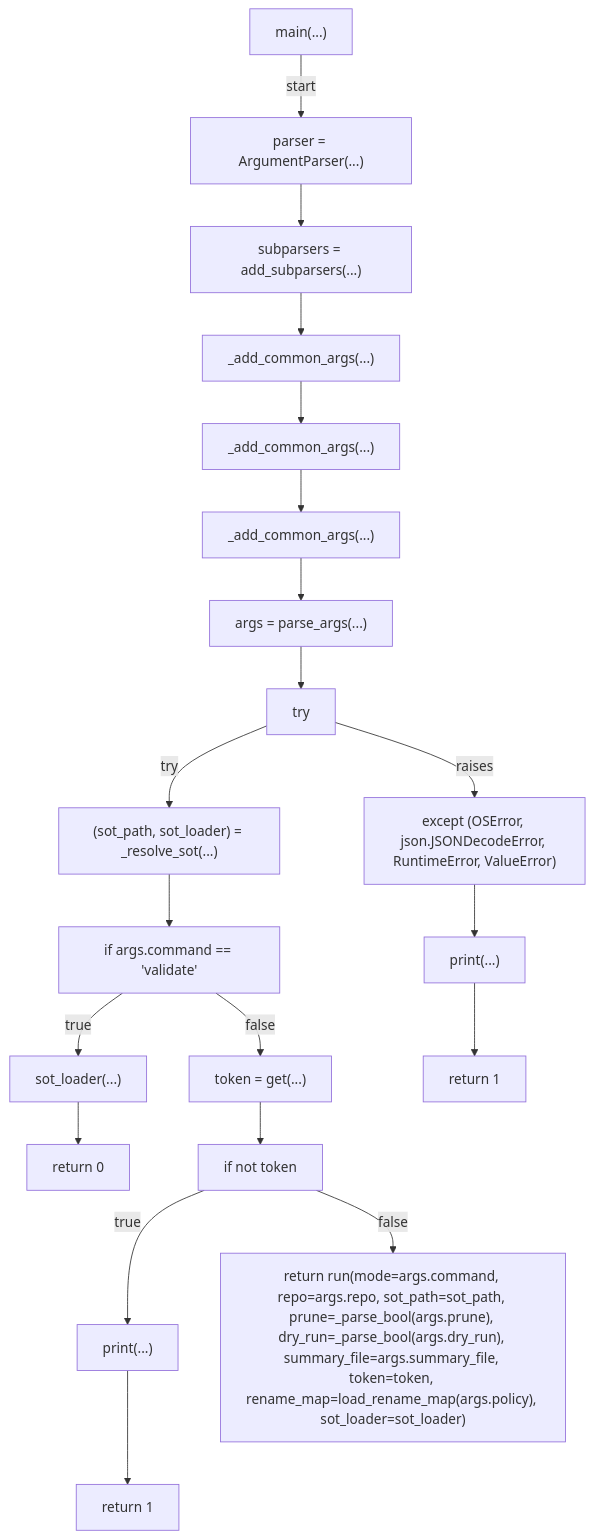
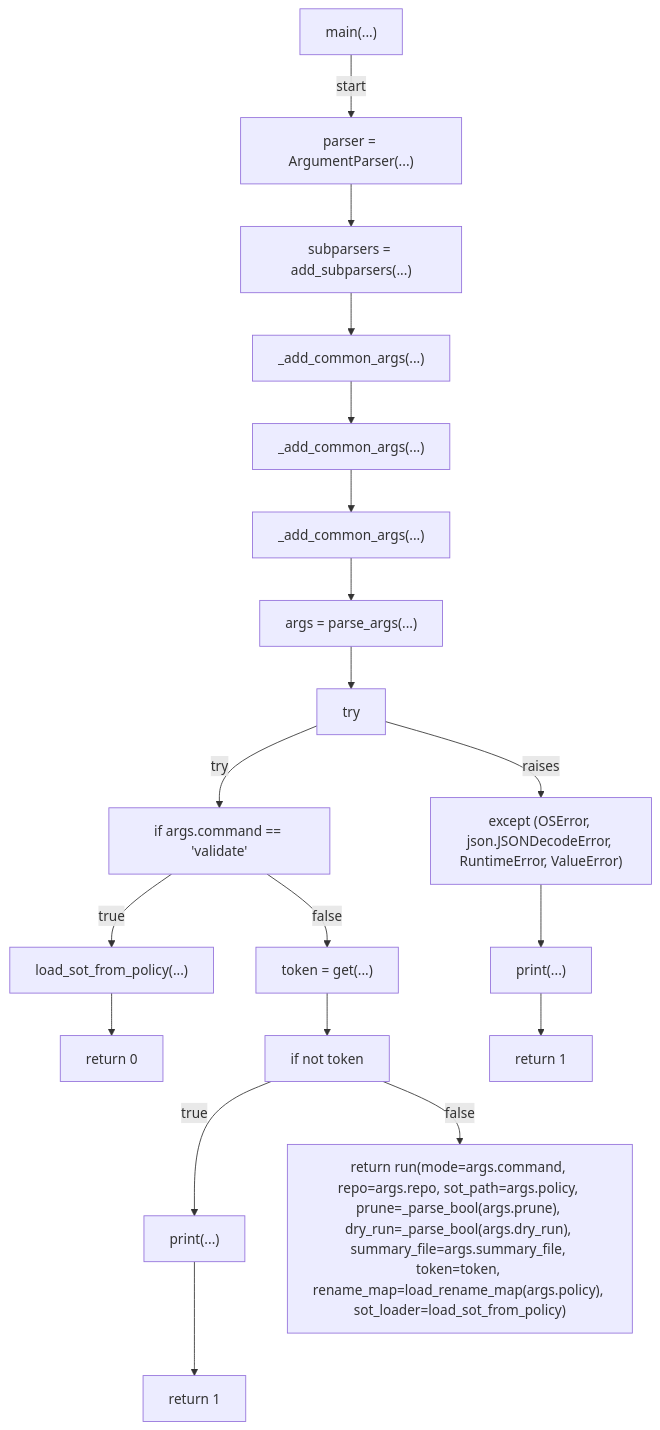
Before and after one commit to tvna/claude-md: the tenth of 18 diagrams in docs/generated/scripts/ast/labels_apply.md, drawn with Mermaid. The commit also changed other lines of this file and 7 other files, not shown here.

First line of the commit message:
docs(generated): regenerate decision tree and workflow diagrams (#2503)

````diff
--- a/docs/generated/scripts/ast/labels_apply.md
+++ b/docs/generated/scripts/ast/labels_apply.md
@@ -214,42 +188,40 @@
 ```mermaid
 flowchart TD
     N001["main(...)"]
     N002["parser = ArgumentParser(...)"]
     N003["subparsers = add_subparsers(...)"]
     N004["_add_common_args(...)"]
     N005["_add_common_args(...)"]
     N006["_add_common_args(...)"]
     N007["args = parse_args(...)"]
     N008["try"]
-    N009["(sot_path, sot_loader) = _resolve_sot(...)"]
-    N010["if args.command == 'validate'"]
-    N011["sot_loader(...)"]
-    N012["return 0"]
-    N013["token = get(...)"]
-    N014["if not token"]
-    N015["print(...)"]
-    N016["return 1"]
-    N017["return run(mode=args.command, repo=args.repo, sot_path=sot_path, prune=_parse_bool(args.prune), dry_run=_parse_bool(args.dry_run), summary_file=args.summary_file, token=token, rename_map=load_rename_map(args.policy), sot_loader=sot_loader)"]
-    N018["except (OSError, json.JSONDecodeError, RuntimeError, ValueError)"]
-    N019["print(...)"]
-    N020["return 1"]
+    N009["if args.command == 'validate'"]
+    N010["load_sot_from_policy(...)"]
+    N011["return 0"]
+    N012["token = get(...)"]
+    N013["if not token"]
+    N014["print(...)"]
+    N015["return 1"]
+    N016["return run(mode=args.command, repo=args.repo, sot_path=args.policy, prune=_parse_bool(args.prune), dry_run=_parse_bool(args.dry_run), summary_file=args.summary_file, token=token, rename_map=load_rename_map(args.policy), sot_loader=load_sot_from_policy)"]
+    N017["except (OSError, json.JSONDecodeError, RuntimeError, ValueError)"]
+    N018["print(...)"]
+    N019["return 1"]
     N001 -->|"start"| N002
     N002 --> N003
     N003 --> N004
     N004 --> N005
     N005 --> N006
     N006 --> N007
     N007 --> N008
     N008 -->|"try"| N009
-    N009 --> N010
-    N010 -->|"true"| N011
-    N011 --> N012
-    N010 -->|"false"| N013
-    N013 --> N014
-    N014 -->|"true"| N015
-    N015 --> N016
-    N014 -->|"false"| N017
-    N008 -->|"raises"| N018
+    N009 -->|"true"| N010
+    N010 --> N011
+    N009 -->|"false"| N012
+    N012 --> N013
+    N013 -->|"true"| N014
+    N014 --> N015
+    N013 -->|"false"| N016
+    N008 -->|"raises"| N017
+    N017 --> N018
     N018 --> N019
-    N019 --> N020
 ```
````
